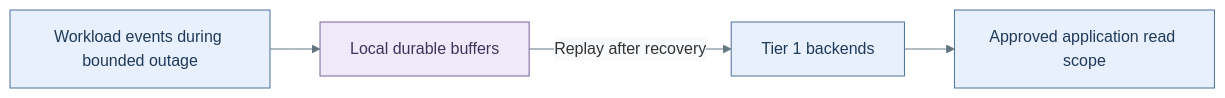
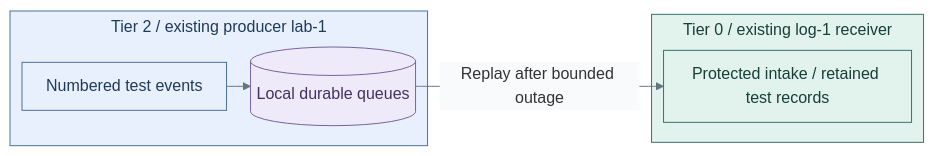
The third of 3 diagrams in docs/deployment/stage-6-workloads/telemetry.md (Rexus/homelab), drawn with Mermaid before and after one commit. The commit also changed other lines of this file and 60 other files, not shown here.

Commit message:
docs(diagrams): align architecture and deployment views with IaC

````diff
--- a/docs/deployment/stage-6-workloads/telemetry.md
+++ b/docs/deployment/stage-6-workloads/telemetry.md
@@ -63,12 +101,18 @@
 ```mermaid
-%%{init: {"theme":"base","themeVariables":{"lineColor":"#627581","edgeLabelBackground":"#f8fafc"}}}%%
+%%{init: {"theme":"base","flowchart":{"nodeSpacing":20,"rankSpacing":24,"padding":12,"subGraphTitleMargin":{"top":4,"bottom":12}},"themeVariables":{"lineColor":"#627581","edgeLabelBackground":"#f8fafc"}}}%%
 flowchart LR
-  Source["Workload events during bounded outage"] --> Buffer["Local durable buffers"]
-  Buffer -->|Replay after recovery| Backend["Tier 1 backends"]
-  Backend --> View["Approved application read scope"]
+  subgraph T2["Tier 2 / existing producer lab-1"]
+    Source["Numbered test events"] --> Buffer[("Local durable queues")]
+  end
+  subgraph T0["Tier 0 / existing log-1 receiver"]
+    Backend["Protected intake / retained test records"]
+  end
+  Buffer -->|Replay after bounded outage| Backend
   classDef default fill:#f8fafc,stroke:#64748b,color:#1f2937
   classDef services fill:#e7f0fc,stroke:#4d719b,color:#203a5b
   classDef data fill:#eeeafa,stroke:#78639b,color:#42325d
-  class Source,Backend,View services
+  classDef control fill:#e2f3ed,stroke:#397366,color:#173f36
+  class T2,Source services
+  class T0,Backend control
   class Buffer data
 ```
````
